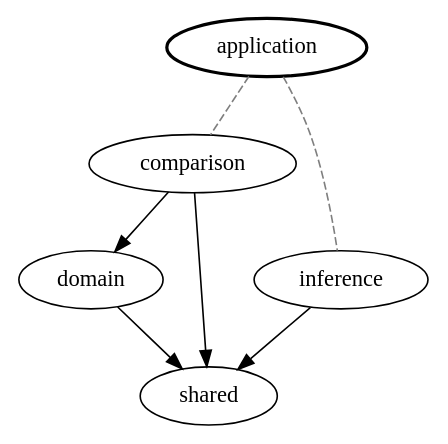
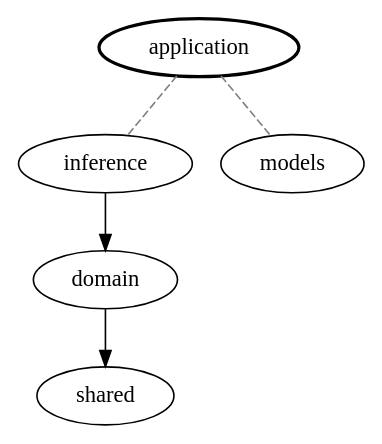
One commit to constatza/dl-experiments changed the diagram in docs/neuralls/diagrams/application.dot. Above: the diagram before and after it, drawn with Graphviz. The commit also changed 6 other files, not shown here.

First line of the commit message:
docs(neuralls): regenerate dependency graphs from current source

```diff
--- a/docs/neuralls/diagrams/application.dot
+++ b/docs/neuralls/diagrams/application.dot
@@ -1,13 +1,11 @@
 digraph {
 "neuralls.application" [label="application" style="bold"];
-"neuralls.application.comparison" [label="comparison"];
 "neuralls.application.inference" [label="inference"];
+"neuralls.application.models" [label="models"];
 "neuralls.domain" [label="domain"];
 "neuralls.shared" [label="shared"];
-"neuralls.application" -> "neuralls.application.comparison" [style="dashed" color="gray50" arrowhead="none"];
 "neuralls.application" -> "neuralls.application.inference" [style="dashed" color="gray50" arrowhead="none"];
-"neuralls.application.comparison" -> "neuralls.domain";
-"neuralls.application.comparison" -> "neuralls.shared";
-"neuralls.application.inference" -> "neuralls.shared";
+"neuralls.application" -> "neuralls.application.models" [style="dashed" color="gray50" arrowhead="none"];
+"neuralls.application.inference" -> "neuralls.domain";
 "neuralls.domain" -> "neuralls.shared";
 }
```
